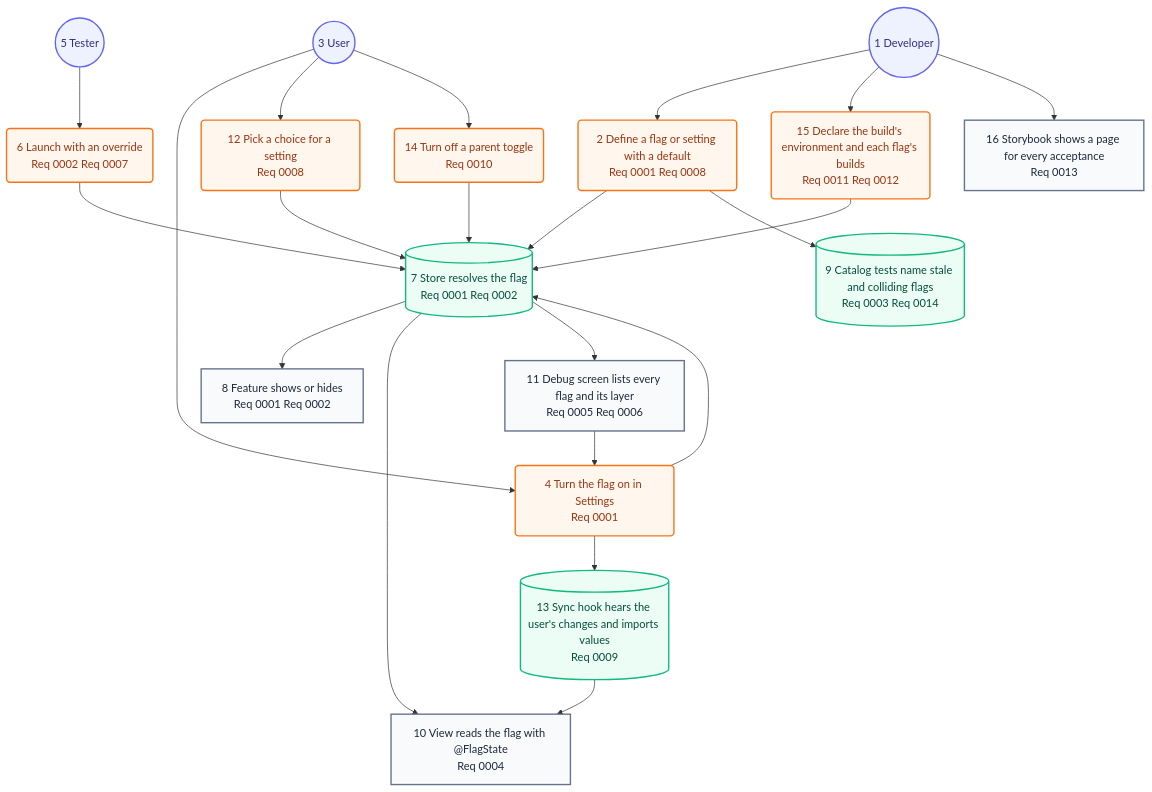
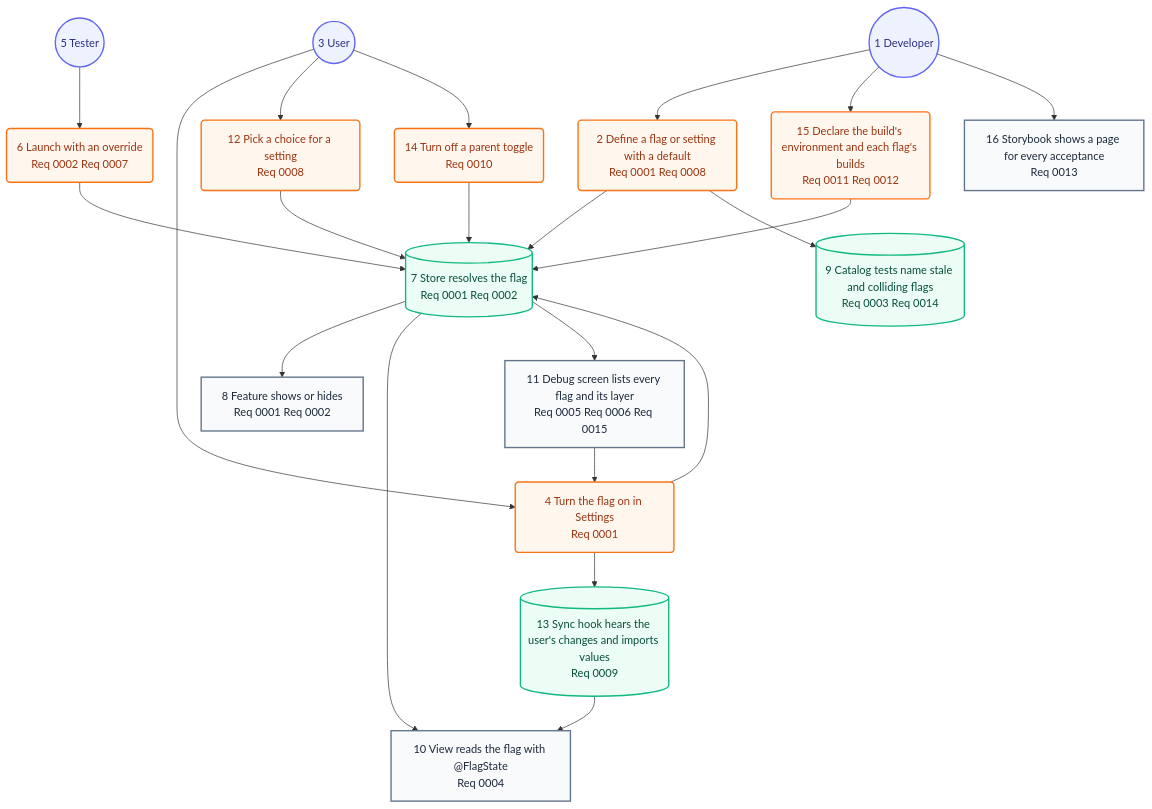
One commit to may-journal/feature-flag-kit changed the second of 2 diagrams in docs/architecture/05-user-journey.md. Above: the diagram before and after it, drawn with Mermaid. The commit also changed other lines of this file and 9 other files, not shown here.

First line of the commit message:
feat(ui): edit choice, decimal and text flags on the debug screen (#37)

````diff
--- a/docs/architecture/05-user-journey.md
+++ b/docs/architecture/05-user-journey.md
@@ -31,45 +31,45 @@
 ```mermaid
 flowchart TB
     developer((1 Developer)):::persona
     define(2 Define a flag or setting with a default<br/>Req 0001 Req 0008):::action
     user((3 User)):::persona
     toggle(4 Turn the flag on in Settings<br/>Req 0001):::action
     tester((5 Tester)):::persona
     launch(6 Launch with an override<br/>Req 0002 Req 0007):::action
     resolve[(7 Store resolves the flag<br/>Req 0001 Req 0002)]:::system
     feature[8 Feature shows or hides<br/>Req 0001 Req 0002]:::screen
     expiry[(9 Catalog tests name stale and colliding flags<br/>Req 0003 Req 0014)]:::system
     view[10 View reads the flag with @FlagState<br/>Req 0004]:::screen
-    debug[11 Debug screen lists every flag and its layer<br/>Req 0005 Req 0006]:::screen
+    debug[11 Debug screen lists every flag and its layer<br/>Req 0005 Req 0006 Req 0015]:::screen
     choose(12 Pick a choice for a setting<br/>Req 0008):::action
     sync[(13 Sync hook hears the user's changes and imports values<br/>Req 0009)]:::system
     group(14 Turn off a parent toggle<br/>Req 0010):::action
     environment(15 Declare the build's environment and each flag's builds<br/>Req 0011 Req 0012):::action
     storybook[16 Storybook shows a page for every acceptance<br/>Req 0013]:::screen
 
     developer --> define
     user --> toggle
     tester --> launch
     define --> resolve
     toggle --> resolve
     launch --> resolve
     resolve --> feature
     define --> expiry
     resolve --> view
     resolve --> debug
     debug --> toggle
     user --> choose
     choose --> resolve
     toggle --> sync
     sync --> view
     user --> group
     group --> resolve
     developer --> environment
     environment --> resolve
     developer --> storybook
 
     classDef persona fill:#eef2ff,stroke:#6366f1,color:#312e81,stroke-width:2px
     classDef screen fill:#f8fafc,stroke:#64748b,color:#1e293b,stroke-width:2px
     classDef action fill:#fff7ed,stroke:#f97316,color:#9a3412,stroke-width:2px
     classDef system fill:#ecfdf5,stroke:#10b981,color:#064e3b,stroke-width:2px
 ```
````
